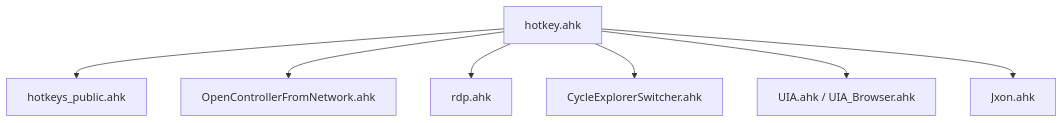
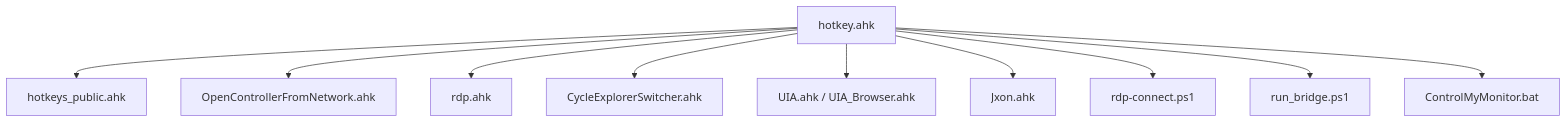
One commit to wangys-123doit/hotkey changed the seventh of 7 diagrams in .qoder/repowiki/zh/content/核心功能/热键管理系统.md. Above: the diagram before and after it, drawn with Mermaid. The commit also changed other lines of this file and 5 other files, not shown here.

````diff
--- a/.qoder/repowiki/zh/content/核心功能/热键管理系统.md
+++ b/.qoder/repowiki/zh/content/核心功能/热键管理系统.md
@@ -241,9 +276,12 @@
 ```mermaid
 graph TB
 Main["hotkey.ahk"] --> Pub["hotkeys_public.ahk"]
 Main --> Dev["OpenControllerFromNetwork.ahk"]
 Main --> RDP["rdp.ahk"]
 Main --> Exp["CycleExplorerSwitcher.ahk"]
 Main --> UIA["UIA.ahk / UIA_Browser.ahk"]
 Main --> Jxon["Jxon.ahk"]
+Main --> PS1["rdp-connect.ps1"]
+Main --> PS2["run_bridge.ps1"]
+Main --> BAT["ControlMyMonitor.bat"]
 ```
````
